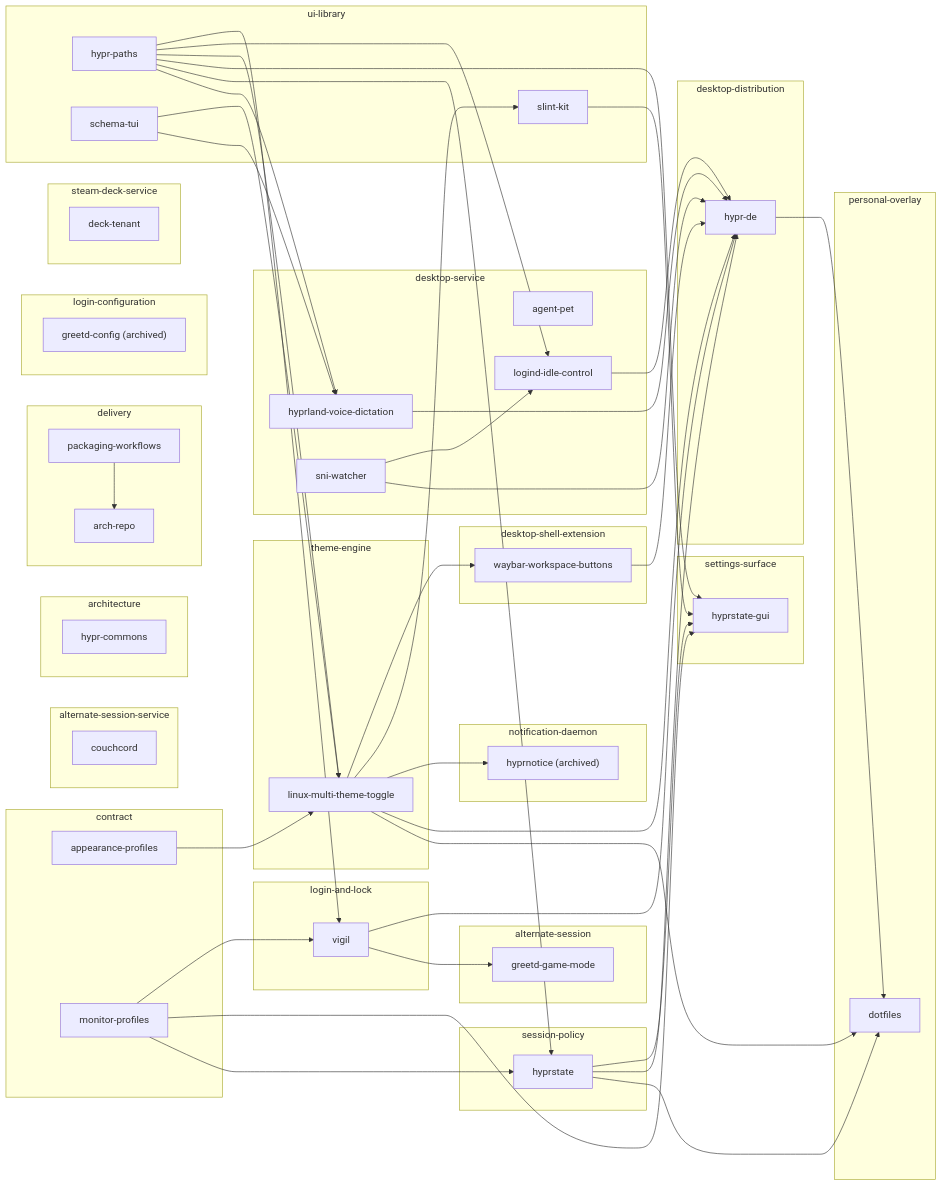
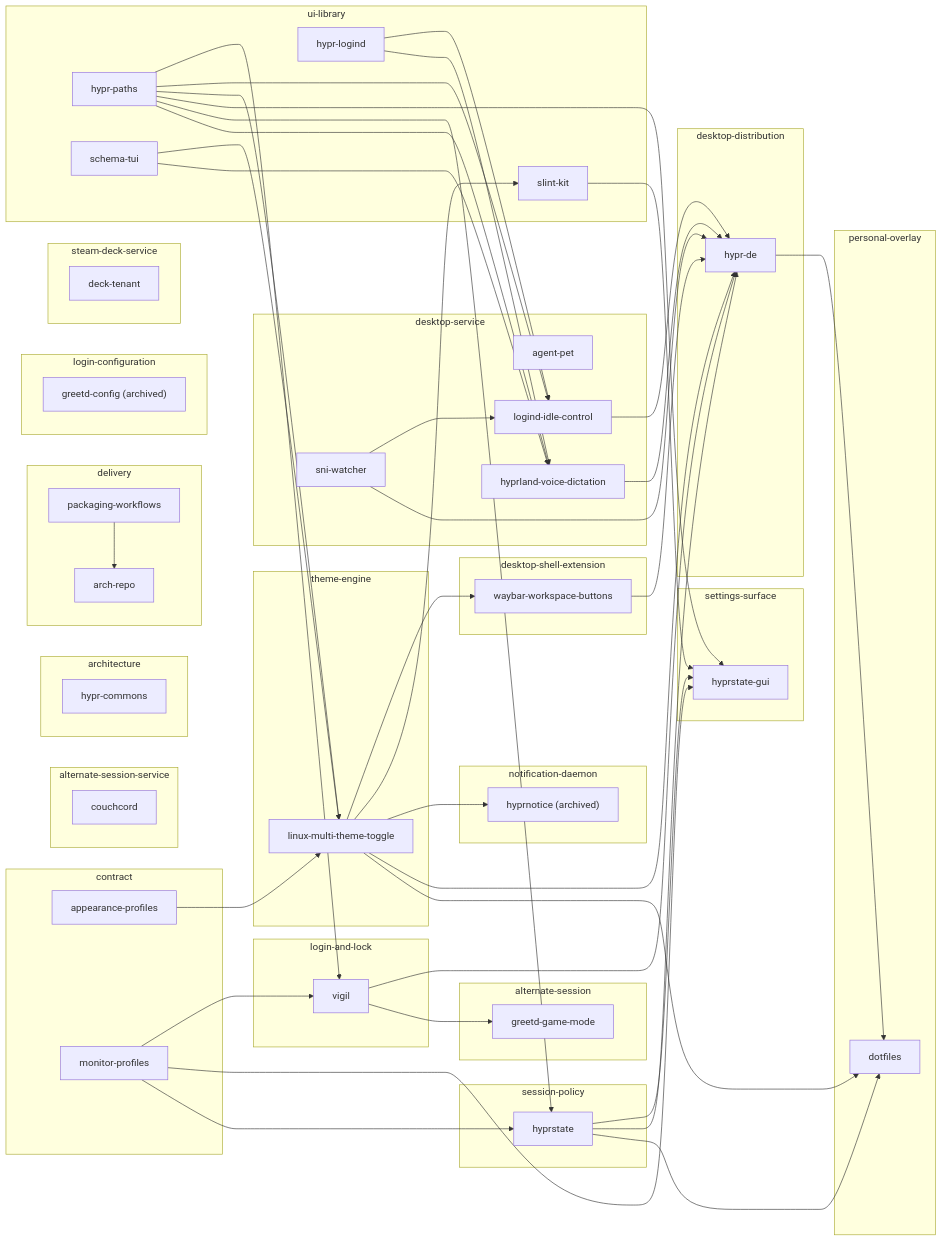
Before and after one commit to MasonRhodesDev/desktop-commons: the diagram in docs/ECOSYSTEM.md, drawn with Mermaid. The commit also changed other lines of this file and 13 other files, not shown here.

Commit message:
feat: add hypr-logind and record the first two adopters

```diff
--- a/docs/ECOSYSTEM.md
+++ b/docs/ECOSYSTEM.md
@@ -60,6 +60,7 @@
         repo_linux_multi_theme_toggle["linux-multi-theme-toggle"]
     end
     subgraph role_ui_library["ui-library"]
+        repo_hypr_logind["hypr-logind"]
         repo_hypr_paths["hypr-paths"]
         repo_schema_tui["schema-tui"]
         repo_slint_kit["slint-kit"]
@@ -76,6 +77,7 @@
     repo_sni_watcher --> repo_hypr_de
     repo_vigil --> repo_hypr_de
     repo_waybar_workspace_buttons --> repo_hypr_de
+    repo_hypr_logind --> repo_hyprland_voice_dictation
     repo_hypr_paths --> repo_hyprland_voice_dictation
     repo_schema_tui --> repo_hyprland_voice_dictation
     repo_linux_multi_theme_toggle --> repo_hyprnotice
@@ -88,6 +90,7 @@
     repo_appearance_profiles --> repo_linux_multi_theme_toggle
     repo_hypr_paths --> repo_linux_multi_theme_toggle
     repo_schema_tui --> repo_linux_multi_theme_toggle
+    repo_hypr_logind --> repo_logind_idle_control
     repo_hypr_paths --> repo_logind_idle_control
     repo_sni_watcher --> repo_logind_idle_control
     repo_linux_multi_theme_toggle --> repo_slint_kit
```
